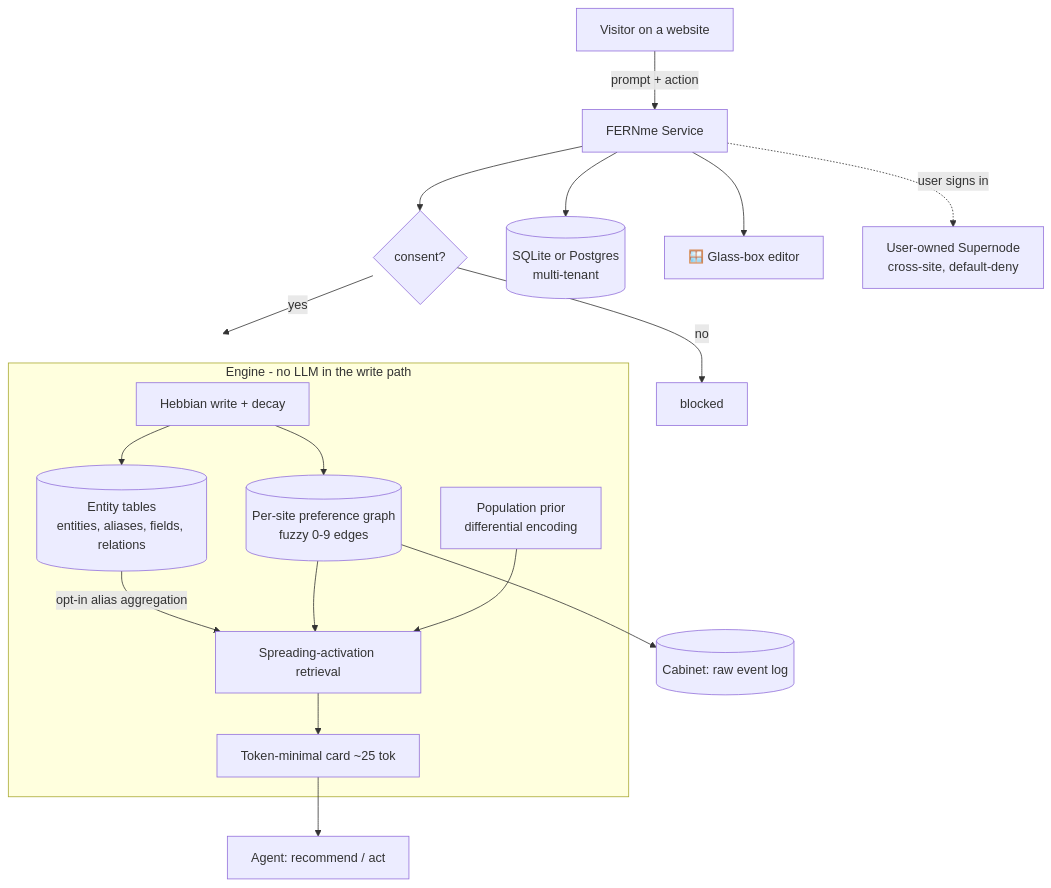
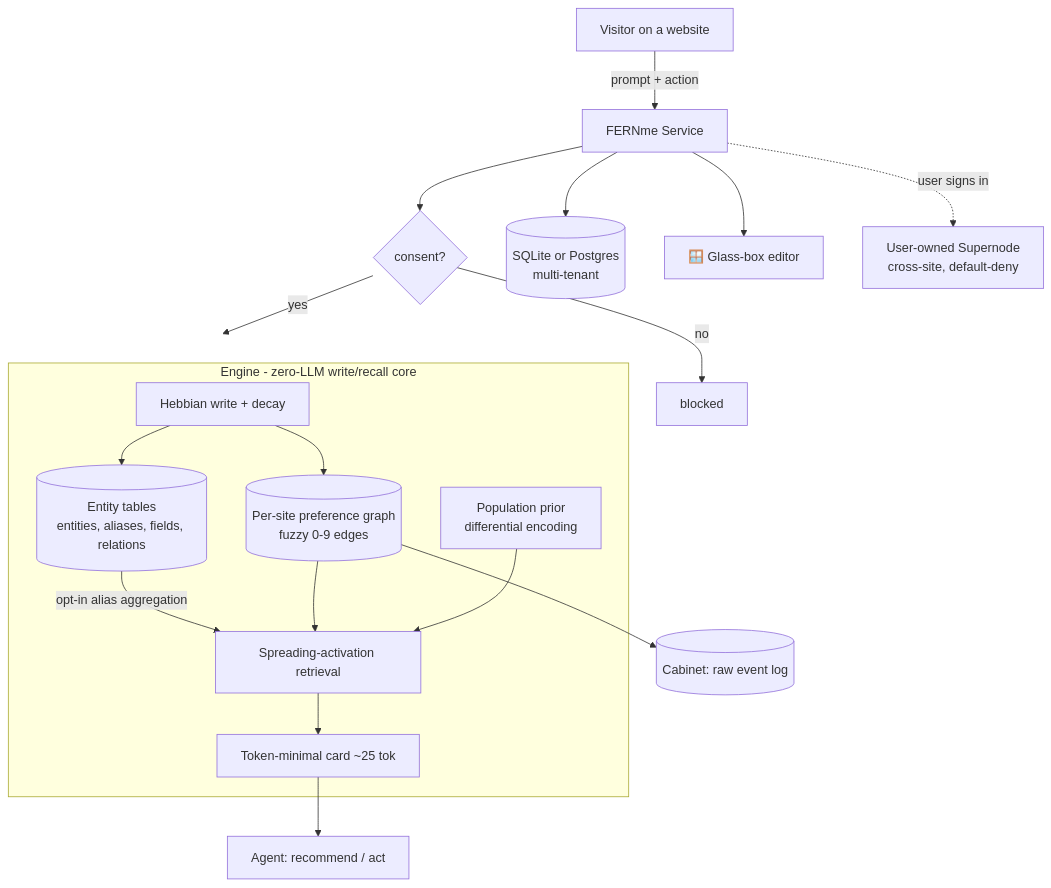
The diagram in README.md (mirkofr/FERNme), drawn with Mermaid before and after one commit. The commit also changed other lines of this file and 42 other files, not shown here.

````diff
--- a/README.md
+++ b/README.md
@@ -247,20 +240,20 @@
 ```mermaid
 flowchart TD
     V[Visitor on a website] -->|prompt + action| API[FERNme Service]
     API --> CONSENT{consent?}
     CONSENT -->|no| STOP[blocked]
     CONSENT -->|yes| ENGINE
-    subgraph ENGINE[Engine - no LLM in the write path]
+    subgraph ENGINE[Engine - zero-LLM write/recall core]
       W[Hebbian write + decay] --> G[(Per-site preference graph<br/>fuzzy 0-9 edges)]
       W --> E[(Entity tables<br/>entities, aliases, fields, relations)]
       E -->|opt-in alias aggregation| R
       G --> R[Spreading-activation retrieval]
       R --> CARD[Token-minimal card ~25 tok]
       PRIOR[Population prior<br/>differential encoding] --> R
     end
     CARD --> AGENT[Agent: recommend / act]
     G --> CAB[(Cabinet: raw event log)]
     API --> STORE[(SQLite or Postgres<br/>multi-tenant)]
     API --> GLASS[🪟 Glass-box editor]
     API -.user signs in.-> SUPER[User-owned Supernode<br/>cross-site, default-deny]
 ```
````
